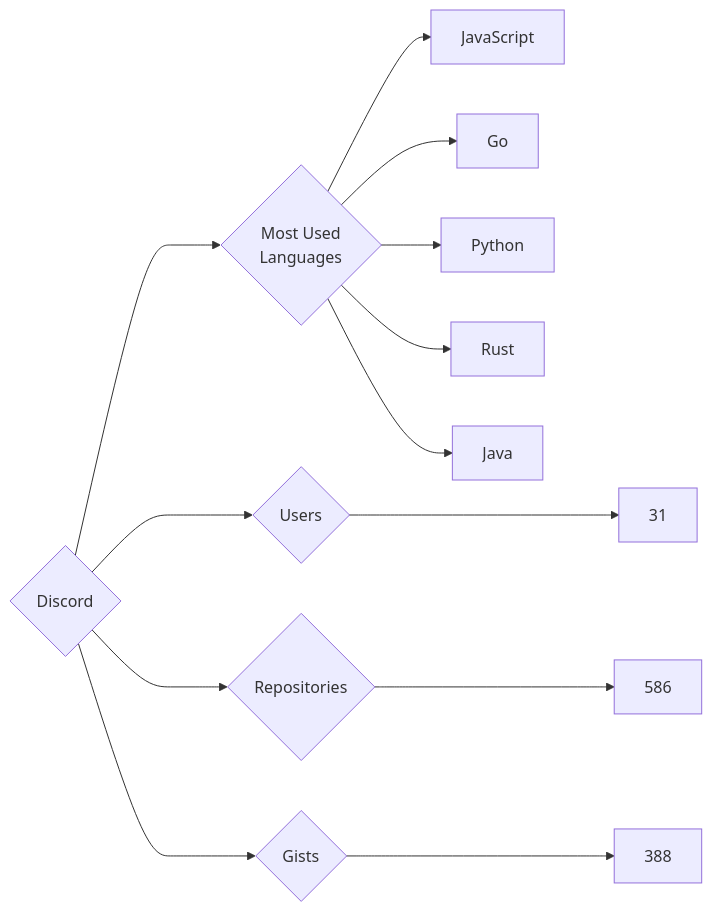
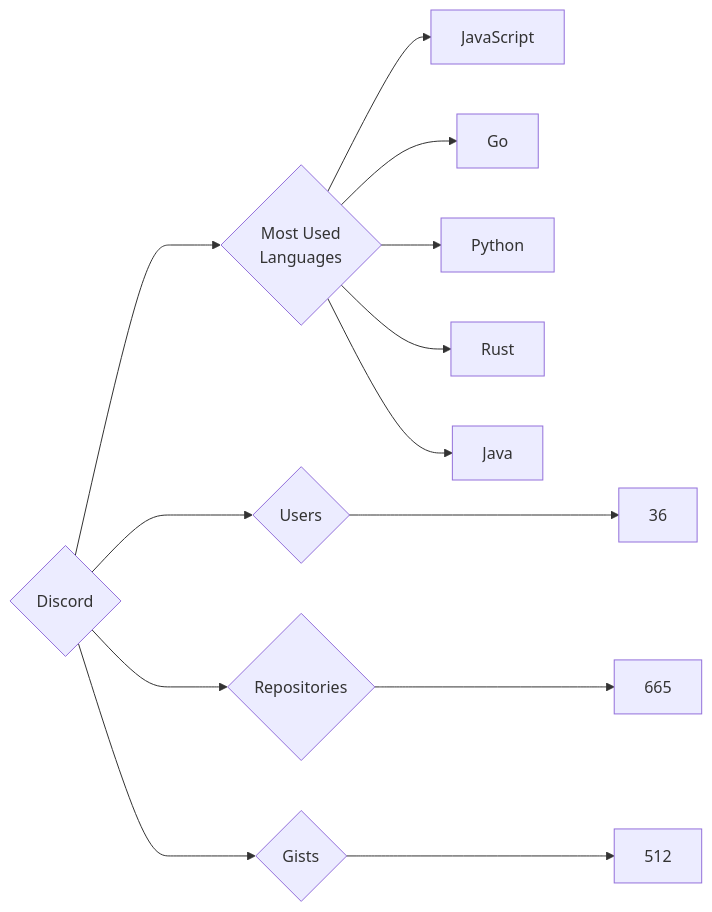
One commit to trickest/insiders changed the diagram in targets/Discord/README.md. Above: the diagram before and after it, drawn with Mermaid. The commit also changed 750 other files, not shown here.

````diff
--- a/targets/Discord/README.md
+++ b/targets/Discord/README.md
@@ -3,13 +3,13 @@
 ```mermaid
 graph LR
 COMPANY_NAME{Discord}
-COMPANY_NAME ---> U{Users} ---> UN[31]
-COMPANY_NAME ---> R{Repositories} ---> RN[586]
-COMPANY_NAME ---> G{Gists} ---> GN[388]
+COMPANY_NAME ---> U{Users} ---> UN[36]
+COMPANY_NAME ---> R{Repositories} ---> RN[665]
+COMPANY_NAME ---> G{Gists} ---> GN[512]
 COMPANY_NAME ---> ML{Most Used<br>Languages}
 ML --> JavaScript[JavaScript]
 ML --> Go[Go]
 ML --> Python[Python]
 ML --> Rust[Rust]
 ML --> Java[Java]
 ```
````
